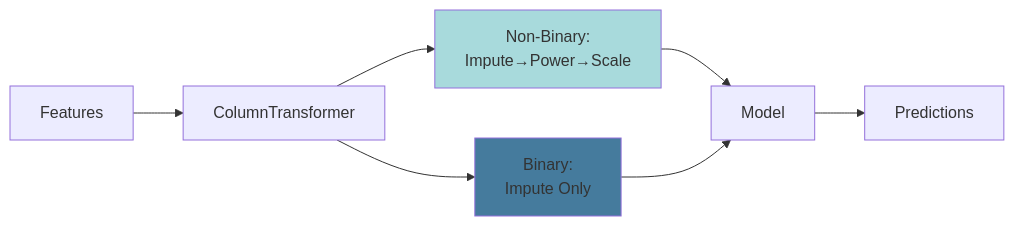
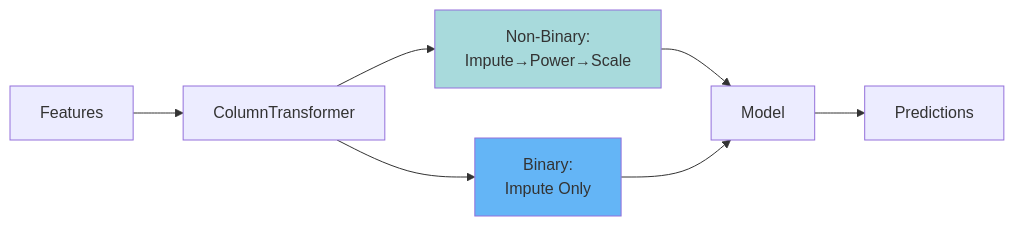
The diagram in docs/modeling/model-trainer.md (ArtemioPadilla/mlops-project), drawn with Mermaid before and after one commit. The commit also changed 9 other files, not shown here.

Commit message:
fix: Update repository URLs in documentation and improve Mermaid theme colors for better readability

````diff
--- a/docs/modeling/model-trainer.md
+++ b/docs/modeling/model-trainer.md
@@ -36,12 +36,12 @@
 ```mermaid
 graph LR
     X[Features] --> CT[ColumnTransformer]
     CT --> NB[Non-Binary:<br/>Impute→Power→Scale]
     CT --> B[Binary:<br/>Impute Only]
     NB --> Model
     B --> Model
     Model --> Predictions
 
     style NB fill:#a8dadc
-    style B fill:#457b9d
+    style B fill:#64b5f6
 ```
````
